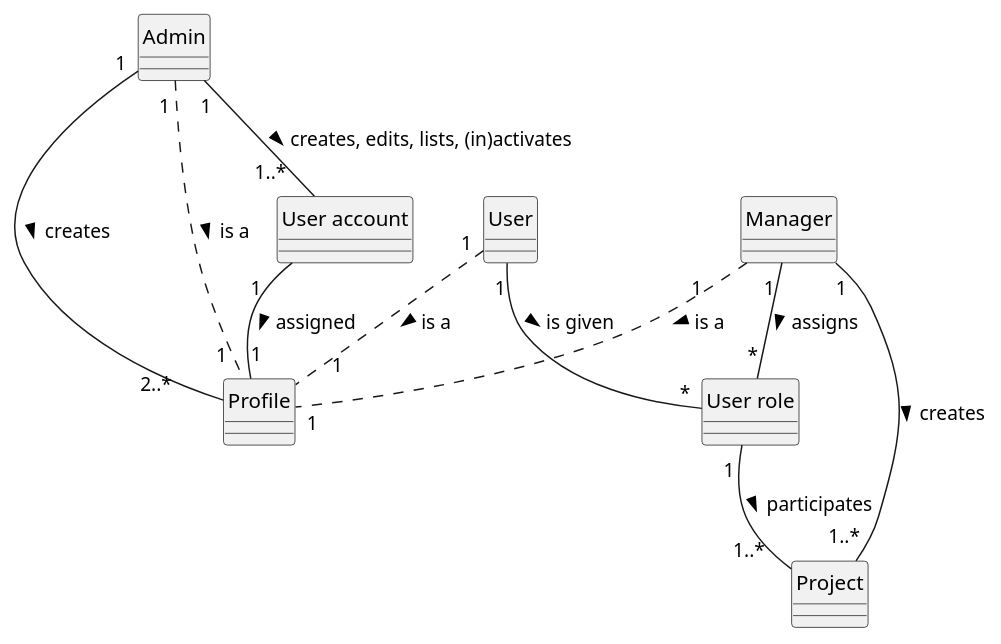
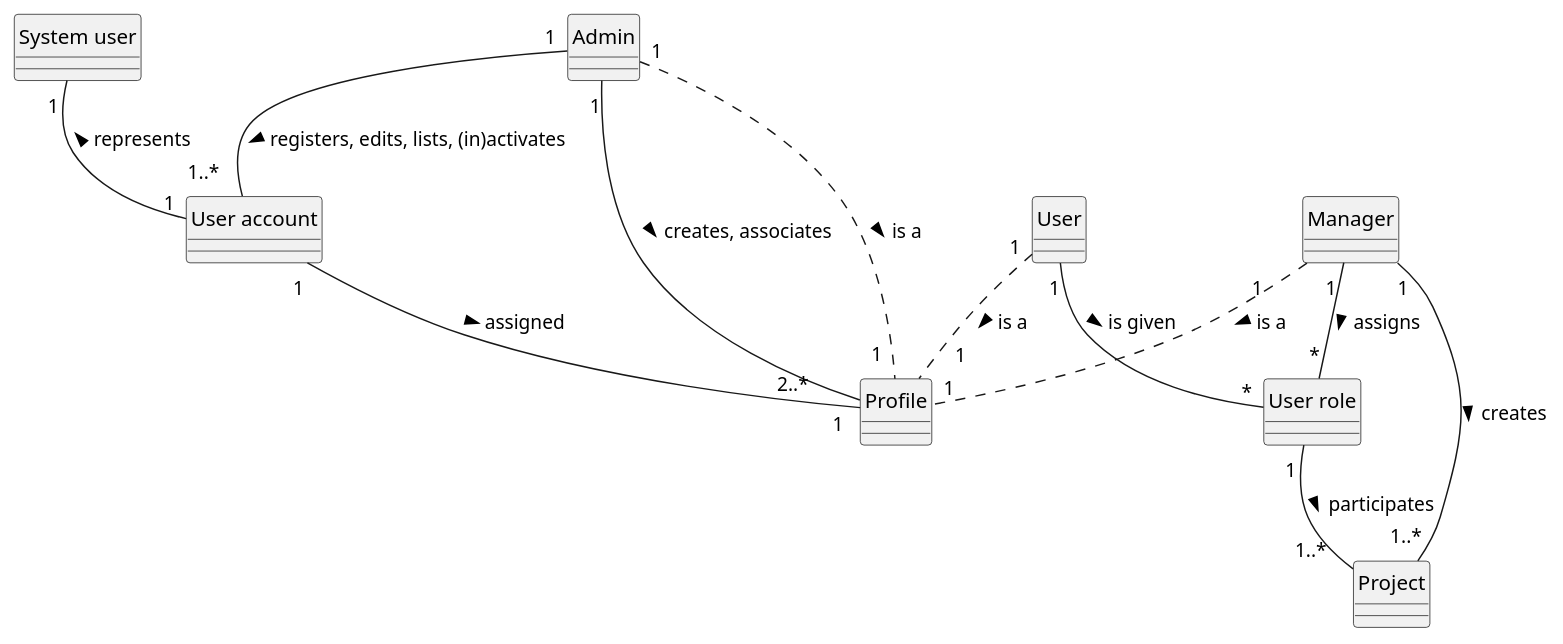
One commit to ivo-menezes/project_g3 changed the diagram in docs/modelling_design/domain_model_diagram/domain_model_diagram.puml. Above: the diagram before and after it, drawn with PlantUML. The commit also changed 1 other file, not shown here.

```diff
--- a/docs/modelling_design/domain_model_diagram/domain_model_diagram.puml
+++ b/docs/modelling_design/domain_model_diagram/domain_model_diagram.puml
@@ -1,23 +1,25 @@
 @startuml
 skinparam style strictuml
 
 Entity Admin
 Class "User account"
 Class Profile
 Class Manager
 Class User
 Class "User role"
 Class Project
+Class "System user"
 
 
-Admin "1" -- "1..*   " "User account": creates, edits, lists, (in)activates >
-Admin "1" -- "2..*        " Profile: creates >
+Admin "1" -- "1..*   " "User account": registers, edits, lists, (in)activates >
+Admin "1" -- "2..*        " Profile: creates, associates >
 Admin "1 " .. "1  " Profile: is a >
+"System user" "1 " -- "1" "User account": represents <
 Manager "1      ".."1" Profile: is a >
 Manager "1 " -- "*" "User role" : assigns >
 User "1" .. "     1" Profile: is a >
 User "1"-- "*" "User role": is given >
 "User account" "1   "--"1 " Profile: assigned >
 Manager "1"-- "1..*" Project: creates >
 "User role" "1 " -- "1..*   " Project: participates >
 @enduml
```
